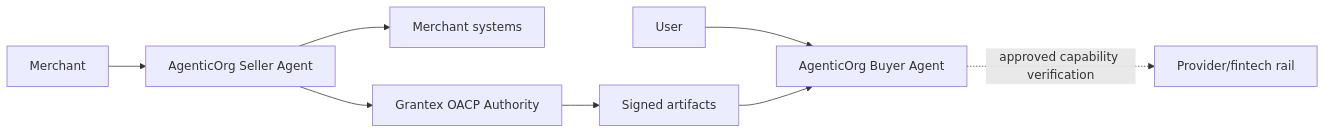
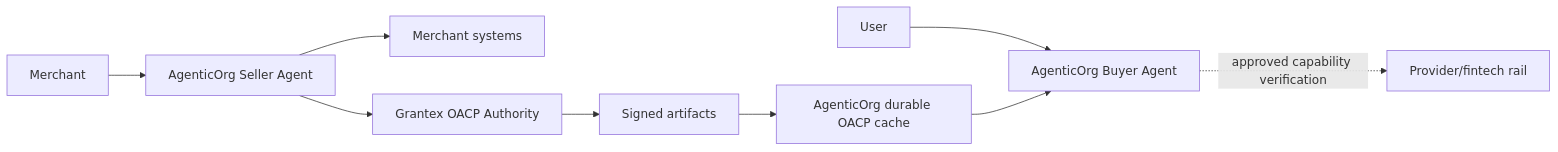
Before and after one commit to mishrasanjeev/agentic-org: the first of 2 diagrams in docs/commerce-agent-overview.md, drawn with Mermaid. The commit also changed other lines of this file and 14 other files, not shown here.

````diff
--- a/docs/commerce-agent-overview.md
+++ b/docs/commerce-agent-overview.md
@@ -45,10 +48,11 @@
 ```mermaid
 flowchart LR
   user[User] --> buyer[AgenticOrg Buyer Agent]
   merchant[Merchant] --> seller[AgenticOrg Seller Agent]
   seller --> systems[Merchant systems]
   seller --> grantex[Grantex OACP Authority]
   grantex --> artifacts[Signed artifacts]
-  artifacts --> buyer
+  artifacts --> cache[AgenticOrg durable OACP cache]
+  cache --> buyer
   buyer -. approved capability verification .-> provider[Provider/fintech rail]
 ```
````
